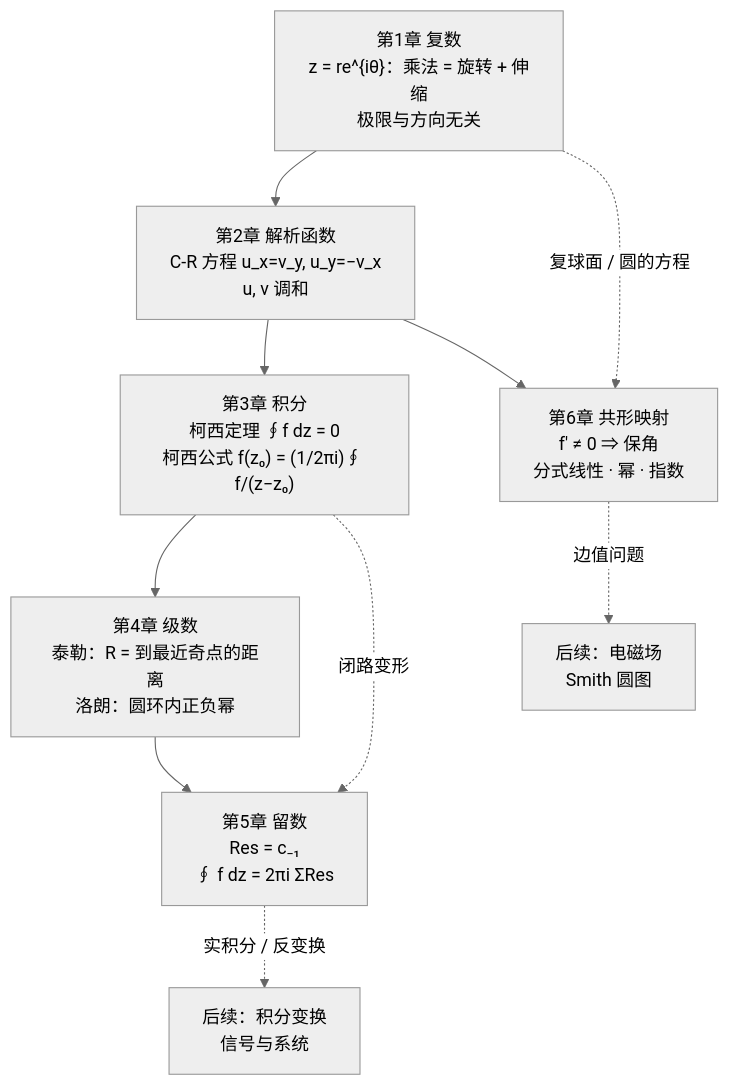
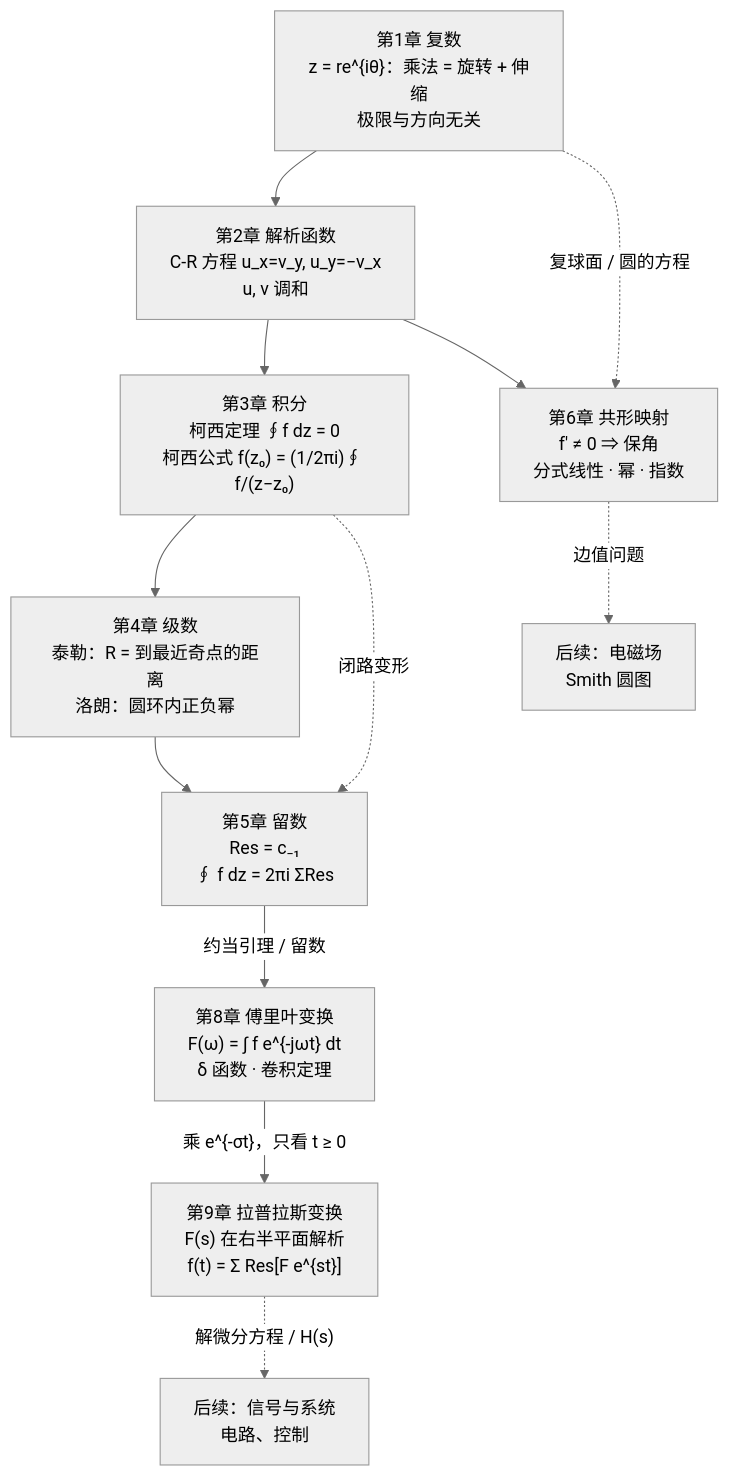
One commit to cockroach-f/complex-functions changed the diagram in docs/summary.md. Above: the diagram before and after it, drawn with Mermaid (neutral theme). The commit also changed other lines of this file and 6 other files, not shown here.

````diff
--- a/docs/summary.md
+++ b/docs/summary.md
@@ -13,12 +13,14 @@
 ```mermaid
 flowchart TD
     C1["第1章 复数<br/>z = re^{iθ}：乘法 = 旋转 + 伸缩<br/>极限与方向无关"] --> C2["第2章 解析函数<br/>C-R 方程 u_x=v_y, u_y=−v_x<br/>u, v 调和"]
     C2 --> C3["第3章 积分<br/>柯西定理 ∮f dz = 0<br/>柯西公式 f(z₀) = (1/2πi)∮ f/(z−z₀)"]
     C3 --> C4["第4章 级数<br/>泰勒：R = 到最近奇点的距离<br/>洛朗：圆环内正负幂"]
     C4 --> C5["第5章 留数<br/>Res = c₋₁<br/>∮ f dz = 2πi ΣRes"]
     C2 --> C6["第6章 共形映射<br/>f' ≠ 0 ⇒ 保角<br/>分式线性 · 幂 · 指数"]
     C1 -.复球面 / 圆的方程.-> C6
     C3 -.闭路变形.-> C5
-    C5 -.实积分 / 反变换.-> APP["后续：积分变换<br/>信号与系统"]
+    C5 -- "约当引理 / 留数" --> C8["第8章 傅里叶变换<br/>F(ω) = ∫ f e^{-jωt} dt<br/>δ 函数 · 卷积定理"]
+    C8 -- "乘 e^{-σt}，只看 t ≥ 0" --> C9["第9章 拉普拉斯变换<br/>F(s) 在右半平面解析<br/>f(t) = Σ Res[F e^{st}]"]
+    C9 -.解微分方程 / H(s).-> APP["后续：信号与系统<br/>电路、控制"]
     C6 -.边值问题.-> APP2["后续：电磁场<br/>Smith 圆图"]
 ```
````
